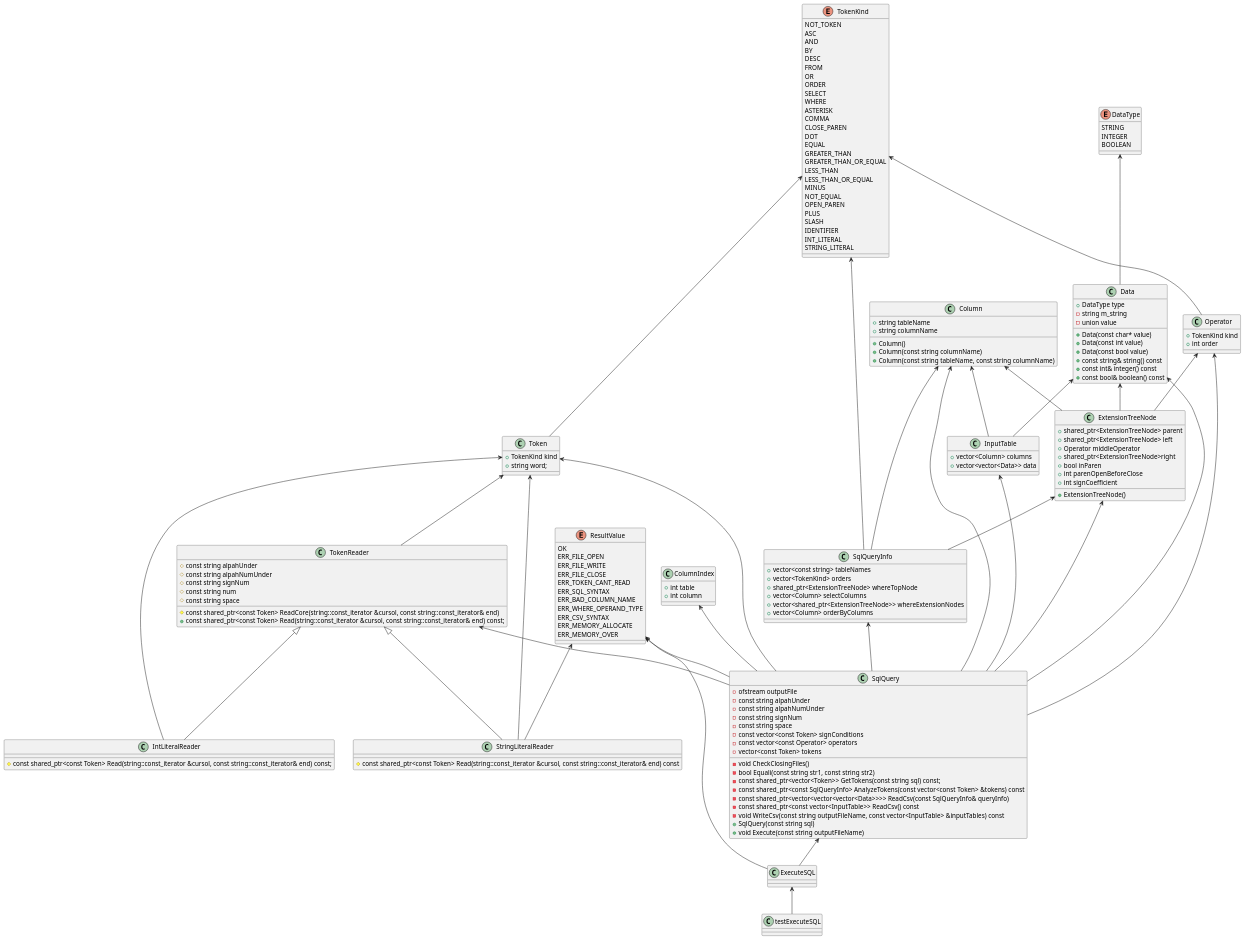
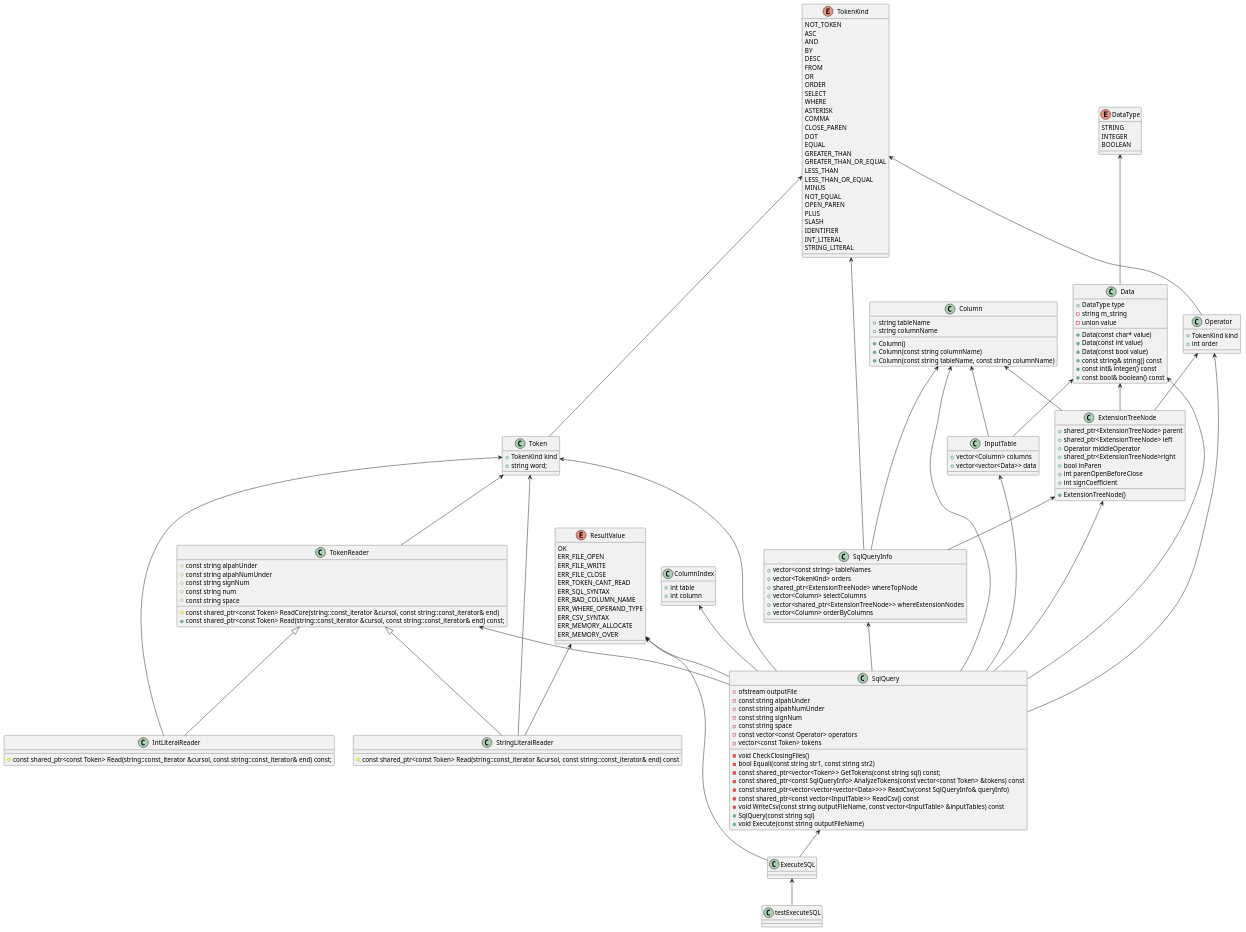
The diagram in ExecuteSQL.pu (yotten/TinySQL), drawn with PlantUML before and after one commit. The commit also changed 1 other file, not shown here.

```diff
--- a/ExecuteSQL.pu
+++ b/ExecuteSQL.pu
@@ -1,182 +1,181 @@
 @startuml
 
 class testExecuteSQL {}
 class SqlQueryInfo {
 	+vector<const string> tableNames
 	+vector<TokenKind> orders
 	+shared_ptr<ExtensionTreeNode> whereTopNode
 	+vector<Column> selectColumns
 	+vector<shared_ptr<ExtensionTreeNode>> whereExtensionNodes
 	+vector<Column> orderByColumns
 }
 class SqlQuery {
 	-ofstream outputFile
 	-const string alpahUnder
 	-const string alpahNumUnder
 	-const string signNum
 	-const string space
-	-const vector<const Token> signConditions
 	-const vector<const Operator> operators
 	-vector<const Token> tokens
 	-void CheckClosingFiles()
 	-bool Equali(const string str1, const string str2)
 	-const shared_ptr<vector<Token>> GetTokens(const string sql) const;
 	-const shared_ptr<const SqlQueryInfo> AnalyzeTokens(const vector<const Token> &tokens) const
 	-const shared_ptr<vector<vector<vector<Data>>>> ReadCsv(const SqlQueryInfo& queryInfo)
 	-const shared_ptr<const vector<InputTable>> ReadCsv() const
 	-void WriteCsv(const string outputFileName, const vector<InputTable> &inputTables) const
 	+SqlQuery(const string sql)
 	+void Execute(const string outputFileName)
 }
 class ExecuteSQL {
 	
 }
 
 class InputTable {
 	+vector<Column> columns
 	+vector<vector<Data>> data
 }
 
 class Data {
     +DataType type
 	-string m_string
 	-union value
 	+Data(const char* value)
 	+Data(const int value)
 	+Data(const bool value)
 	+const string& string() const
 	+const int& integer() const
 	+const bool& boolean() const
 }
 class Operator{
     +TokenKind kind
     +int order
 }
 class Token{
     +TokenKind kind
     +string word;
 }
 class ExtensionTreeNode{
 	+shared_ptr<ExtensionTreeNode> parent
 	+shared_ptr<ExtensionTreeNode> left
 	+Operator middleOperator
 	+shared_ptr<ExtensionTreeNode>right
 	+bool inParen
 	+int parenOpenBeforeClose
 	+int signCoefficient
 	+ExtensionTreeNode()
 }
 class ColumnIndex{
     +int table
     +int column
 }
 class Column{
     +string tableName
     +string columnName
     +Column()
     +Column(const string columnName)
     +Column(const string tableName, const string columnName)
 }
 class IntLiteralReader {
 	#const shared_ptr<const Token> Read(string::const_iterator &cursol, const string::const_iterator& end) const;
 }
 class StringLiteralReader {
 	#const shared_ptr<const Token> Read(string::const_iterator &cursol, const string::const_iterator& end) const
 }
 class TokenReader {
     #const string alpahUnder
 	#const string alpahNumUnder
 	#const string signNum
 	#const string num
 	#const string space
 	#const shared_ptr<const Token> ReadCore(string::const_iterator &cursol, const string::const_iterator& end)
 	+const shared_ptr<const Token> Read(string::const_iterator &cursol, const string::const_iterator& end) const;
 }
 
 enum DataType{
    	STRING
 	INTEGER
 	BOOLEAN
 }
 enum TokenKind{
     NOT_TOKEN
 	ASC
 	AND
 	BY
 	DESC
 	FROM
 	OR
 	ORDER
 	SELECT
 	WHERE
 	ASTERISK
 	COMMA
 	CLOSE_PAREN
 	DOT
 	EQUAL
 	GREATER_THAN
 	GREATER_THAN_OR_EQUAL
 	LESS_THAN
 	LESS_THAN_OR_EQUAL
 	MINUS
 	NOT_EQUAL
 	OPEN_PAREN
 	PLUS
 	SLASH
 	IDENTIFIER
 	INT_LITERAL
 	STRING_LITERAL
 }
 enum ResultValue{
     OK
 	ERR_FILE_OPEN
 	ERR_FILE_WRITE
 	ERR_FILE_CLOSE
 	ERR_TOKEN_CANT_READ
 	ERR_SQL_SYNTAX
 	ERR_BAD_COLUMN_NAME
 	ERR_WHERE_OPERAND_TYPE
 	ERR_CSV_SYNTAX
 	ERR_MEMORY_ALLOCATE
 	ERR_MEMORY_OVER
 }
 
 ExecuteSQL <-- testExecuteSQL
 SqlQuery <-- ExecuteSQL
 ResultValue <-- ExecuteSQL
 
 Data <-- SqlQuery
 Operator <-- SqlQuery
 Token <-- SqlQuery
 ExtensionTreeNode <-- SqlQuery
 ColumnIndex <-- SqlQuery
 Column <-- SqlQuery
 ResultValue <-- SqlQuery
 SqlQueryInfo <-- SqlQuery
 InputTable <-- SqlQuery
 'IntLiteralReader <-- SqlQuery
 'StringLiteralReader <-- SqlQuery
 TokenReader <-- SqlQuery
 
 Token <-- IntLiteralReader
 Token <-- StringLiteralReader
 Token <-- TokenReader
 ResultValue <-- StringLiteralReader
 
 TokenReader <|-- IntLiteralReader
 TokenReader <|-- StringLiteralReader
 
 Column <-- InputTable
 Data <-- InputTable
 
 Column <-- SqlQueryInfo
 TokenKind <-- SqlQueryInfo
 ExtensionTreeNode <-- SqlQueryInfo
 
 DataType <-- Data
 TokenKind <-- Token
 TokenKind <-- Operator
 Operator <-- ExtensionTreeNode
 Column <-- ExtensionTreeNode
 Data <-- ExtensionTreeNode
 @enduml
```
